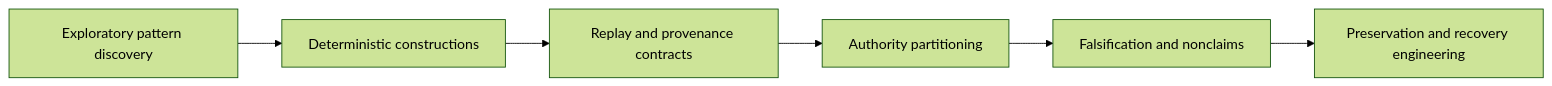
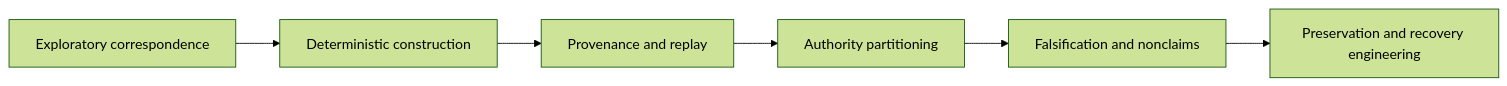
One commit to QSOLKCB/QSOL-SYNTHESIS changed the diagram in figures/methodological-evolution.md. Above: the diagram before and after it, drawn with Mermaid (forest theme). The commit also changed other lines of this file and 89 other files, not shown here.

````diff
--- a/figures/methodological-evolution.md
+++ b/figures/methodological-evolution.md
@@ -3,8 +3,8 @@
-```mermaid
+~~~mermaid
 flowchart LR
-  A[Exploratory pattern discovery] --> B[Deterministic constructions]
-  B --> C[Replay and provenance contracts]
+  A[Exploratory correspondence] --> B[Deterministic construction]
+  B --> C[Provenance and replay]
   C --> D[Authority partitioning]
   D --> E[Falsification and nonclaims]
   E --> F[Preservation and recovery engineering]
-```
+~~~
````
